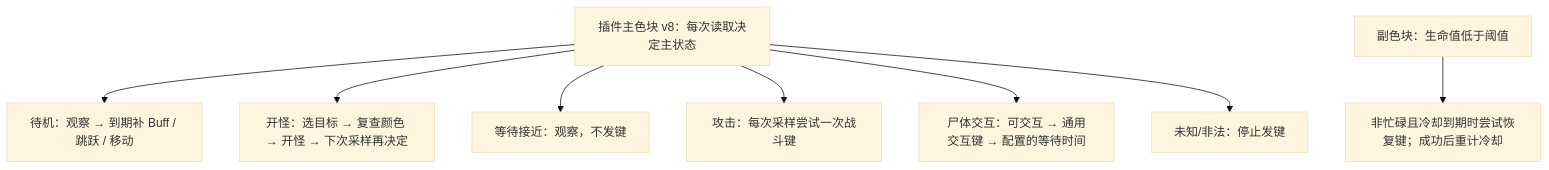
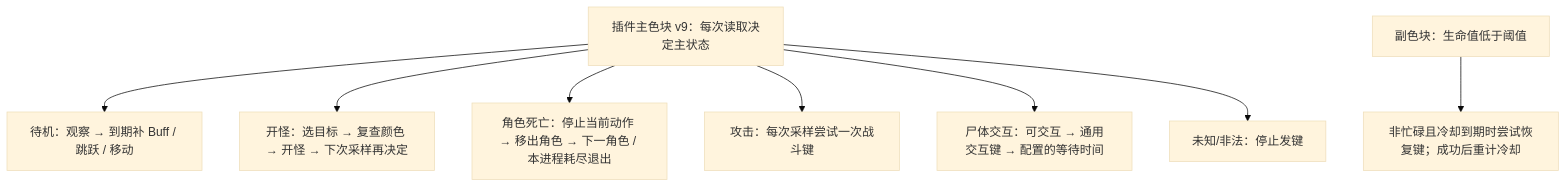
The diagram in tools/wowAuto/README.md (tfewfew/wow_tools), drawn with Mermaid (base theme) before and after one commit. The commit also changed other lines of this file and 23 other files, not shown here.

````diff
--- a/tools/wowAuto/README.md
+++ b/tools/wowAuto/README.md
@@ -295,11 +295,11 @@
 ```mermaid
 flowchart TD
-    P["插件主色块 v8：每次读取决定主状态"]
+    P["插件主色块 v9：每次读取决定主状态"]
     P --> I["待机：观察 → 到期补 Buff / 跳跃 / 移动"]
     P --> O["开怪：选目标 → 复查颜色 → 开怪 → 下次采样再决定"]
-    P --> W["等待接近：观察，不发键"]
+    P --> D["角色死亡：停止当前动作 → 移出角色 → 下一角色 / 本进程耗尽退出"]
     P --> C["攻击：每次采样尝试一次战斗键"]
     P --> L["尸体交互：可交互 → 通用交互键 → 配置的等待时间"]
     P --> U["未知/非法：停止发键"]
     R["副色块：生命值低于阈值"] --> K["非忙碌且冷却到期时尝试恢复键；成功后重计冷却"]
 ```
````
